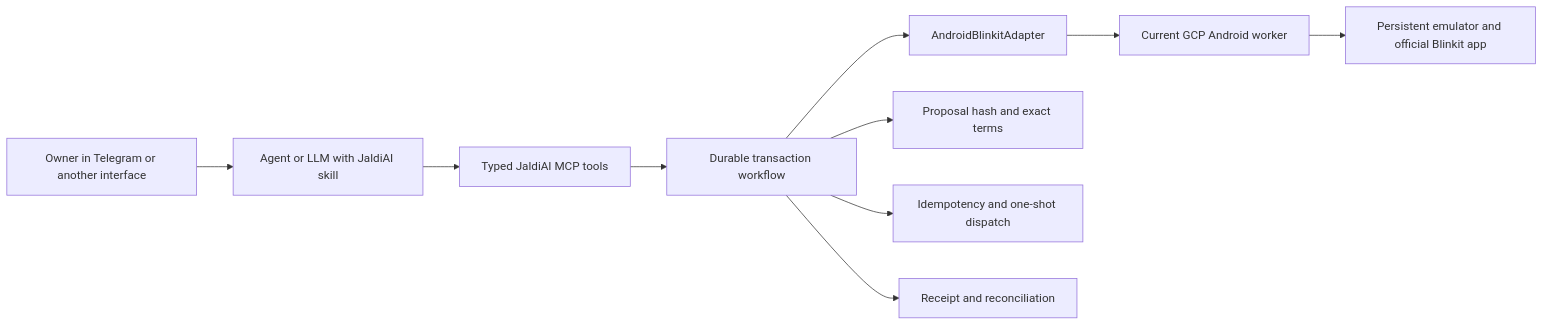
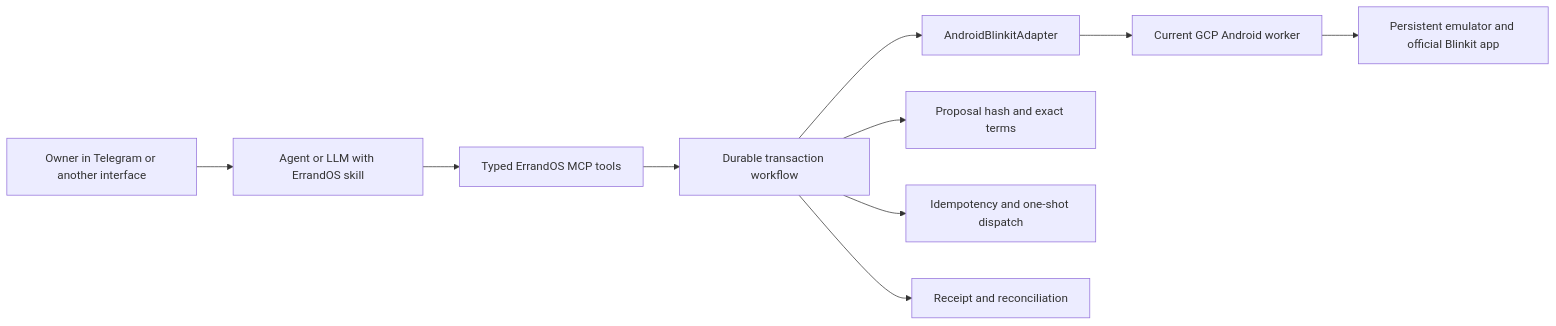
Before and after one commit to suraj-markup/errandos-buildathon: the first of 2 diagrams in hosted/docs/superpowers/specs/2026-07-18-blinkit-android-agent-workflow-skill-design.md, drawn with Mermaid. The commit also changed other lines of this file and 65 other files, not shown here.

````diff
--- a/hosted/docs/superpowers/specs/2026-07-18-blinkit-android-agent-workflow-skill-design.md
+++ b/hosted/docs/superpowers/specs/2026-07-18-blinkit-android-agent-workflow-skill-design.md
@@ -18,12 +18,12 @@
 ```mermaid
 flowchart LR
-    U["Owner in Telegram or another interface"] --> L["Agent or LLM with JaldiAI skill"]
-    L --> M["Typed JaldiAI MCP tools"]
+    U["Owner in Telegram or another interface"] --> L["Agent or LLM with ErrandOS skill"]
+    L --> M["Typed ErrandOS MCP tools"]
     M --> T["Durable transaction workflow"]
     T --> A["AndroidBlinkitAdapter"]
     A --> W["Current GCP Android worker"]
     W --> E["Persistent emulator and official Blinkit app"]
     T --> P["Proposal hash and exact terms"]
     T --> I["Idempotency and one-shot dispatch"]
     T --> R["Receipt and reconciliation"]
 ```
````
